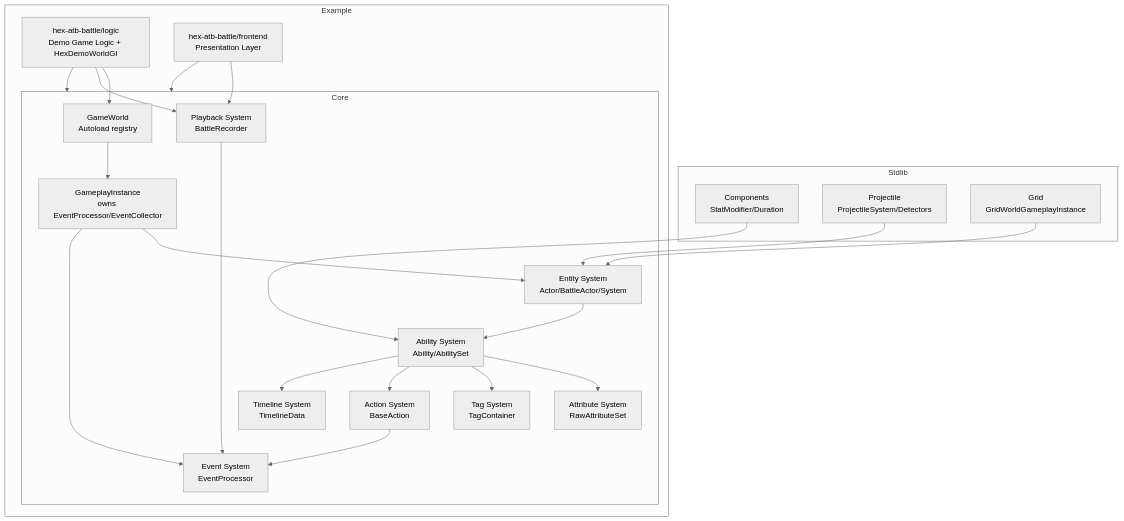
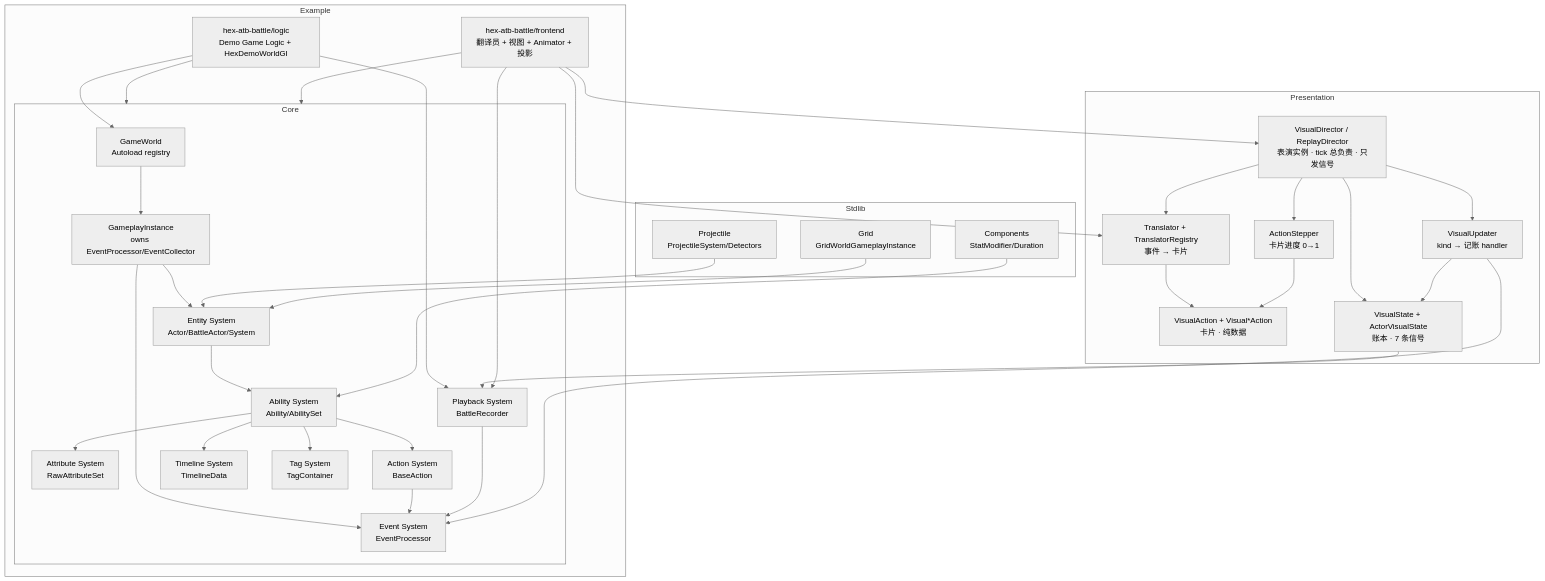
One commit to 15195999826/godot-addons changed the diagram in logic-game-framework/CLAUDE.md. Above: the diagram before and after it, drawn with Mermaid (neutral theme). The commit also changed other lines of this file and 8 other files, not shown here.

First line of the commit message:
docs(lgf): PL4 文档与规则之家——CLAUDE.md 落 Presentation 层，hex frontend README 精简为消费方视角

````diff
--- a/logic-game-framework/CLAUDE.md
+++ b/logic-game-framework/CLAUDE.md
@@ -11,46 +11,66 @@
 ```mermaid
 graph TB
     subgraph "Core"
         World[GameWorld<br/>Autoload registry]
         Instance[GameplayInstance<br/>owns EventProcessor/EventCollector]
         Entity[Entity System<br/>Actor/BattleActor/System]
         Attributes[Attribute System<br/>RawAttributeSet]
         Abilities[Ability System<br/>Ability/AbilitySet]
         Events[Event System<br/>EventProcessor]
         Actions[Action System<br/>BaseAction]
         Timeline[Timeline System<br/>TimelineData]
         Tags[Tag System<br/>TagContainer]
         Playback[Playback System<br/>BattleRecorder]
     end
 
     subgraph "Stdlib"
         Components[Components<br/>StatModifier/Duration]
         Projectile[Projectile<br/>ProjectileSystem/Detectors]
         Grid[Grid<br/>GridWorldGameplayInstance]
     end
 
+    subgraph "Presentation"
+        Director[VisualDirector / ReplayDirector<br/>表演实例 · tick 总负责 · 只发信号]
+        Translators[Translator + TranslatorRegistry<br/>事件 → 卡片]
+        Cards[VisualAction + Visual*Action<br/>卡片 · 纯数据]
+        Stepper[ActionStepper<br/>卡片进度 0→1]
+        State[VisualState + ActorVisualState<br/>账本 · 7 条信号]
+        Updater[VisualUpdater<br/>kind → 记账 handler]
+    end
+
     subgraph "Example"
         Core[hex-atb-battle/core<br/>Shared Events + WorldGI base]
         HexDemo[hex-atb-battle/logic<br/>Demo Game Logic + HexDemoWorldGI]
-        Frontend[hex-atb-battle/frontend<br/>Presentation Layer]
+        Frontend[hex-atb-battle/frontend<br/>翻译员 + 视图 + Animator + 投影]
     end
 
     World --> Instance
     Instance --> Entity
     Instance --> Events
     Entity --> Abilities
     Abilities --> Attributes
     Abilities --> Tags
     Abilities --> Actions
     Abilities --> Timeline
     Actions --> Events
     Components --> Abilities
     Projectile --> Entity
     Grid --> Entity
     Playback --> Events
     HexDemo --> World
     HexDemo --> Core
     HexDemo --> Playback
+    Director --> Translators
+    Director --> Stepper
+    Director --> State
+    Director --> Updater
+    Translators --> Cards
+    Stepper --> Cards
+    Updater --> State
+    State --> Playback
+    Updater --> Events
     Frontend --> Core
     Frontend --> Playback
+    Frontend --> Director
+    Frontend --> Translators
 ```
````
